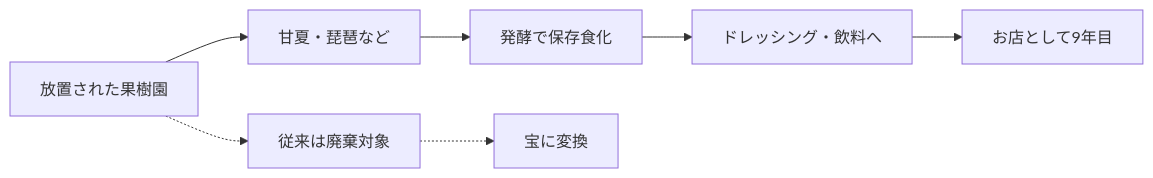
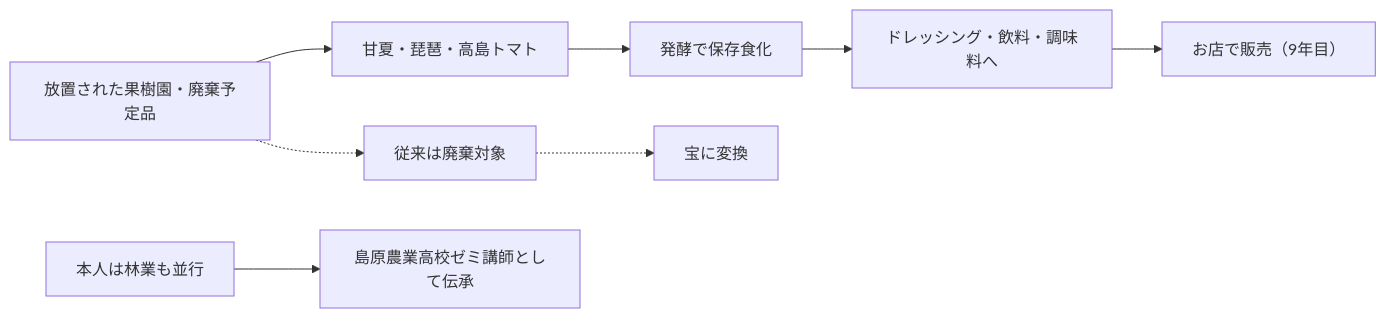
One commit to VOMOYA/planetary-learning-mtg-reports changed the second of 10 diagrams in プラネタリーラーニング運営MTG_20260430.md. Above: the diagram before and after it, drawn with Mermaid. The commit also changed other lines of this file, not shown here.

````diff
--- a/プラネタリーラーニング運営MTG_20260430.md
+++ b/プラネタリーラーニング運営MTG_20260430.md
@@ -71,9 +95,10 @@
 ```mermaid
 graph LR
-  A[放置された果樹園] --> B[甘夏・琵琶など]
+  A[放置された果樹園・廃棄予定品] --> B[甘夏・琵琶・高島トマト]
   B --> C[発酵で保存食化]
-  C --> D[ドレッシング・飲料へ]
-  D --> E[お店として9年目]
+  C --> D[ドレッシング・飲料・調味料へ]
+  D --> E[お店で販売（9年目）]
   A -.-> F[従来は廃棄対象]
   F -.-> G[宝に変換]
+  H[本人は林業も並行] --> I[島原農業高校ゼミ講師として伝承]
 ```
````
